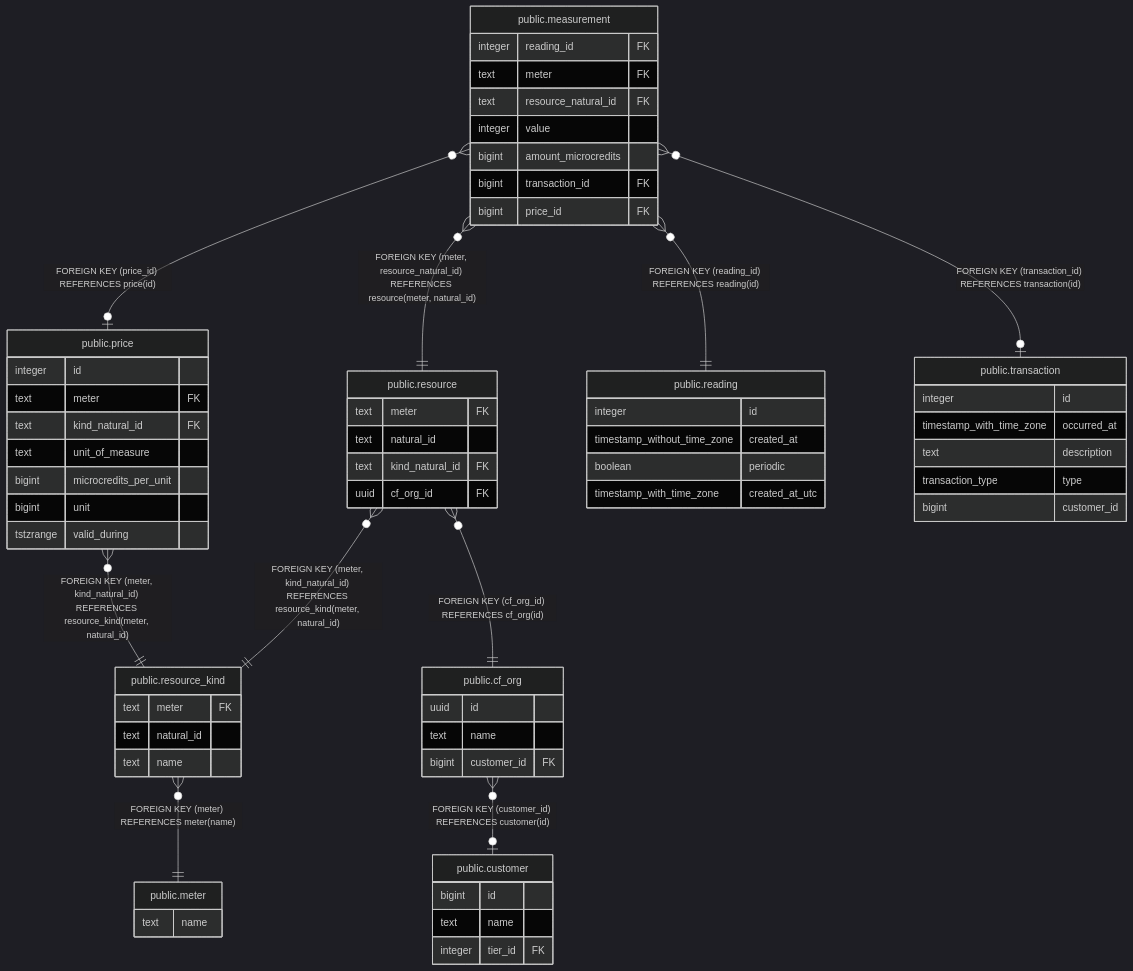
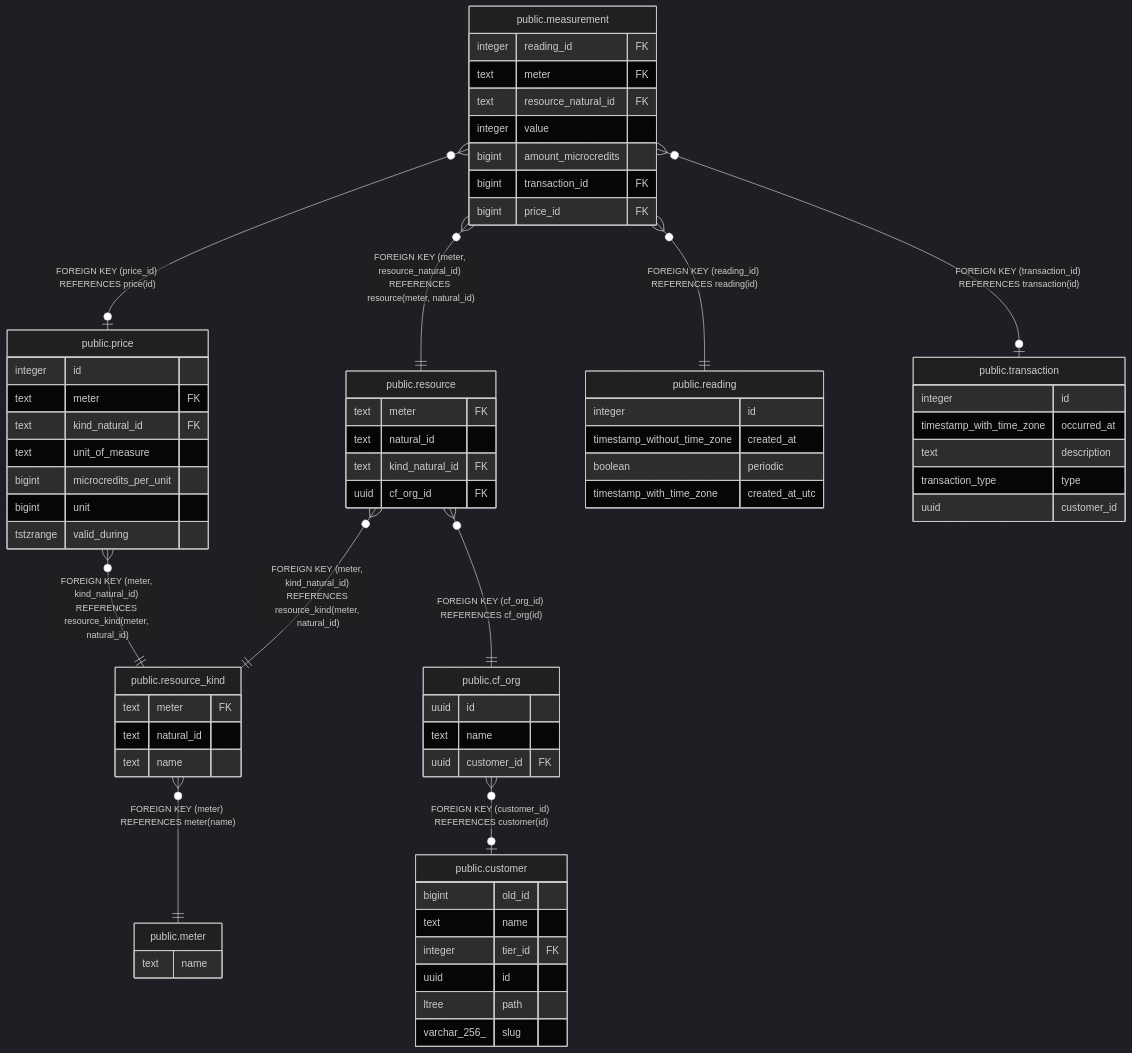
One commit to cloud-gov/billing changed the diagram in docs/db-schema/public.resource.md. Above: the diagram before and after it, drawn with Mermaid (dark theme). The commit also changed 15 other files, not shown here.

````diff
--- a/docs/db-schema/public.resource.md
+++ b/docs/db-schema/public.resource.md
@@ -34,69 +34,72 @@
 ```mermaid
 erDiagram
 
 "public.resource" }o--|| "public.resource_kind" : "FOREIGN KEY (meter, kind_natural_id) REFERENCES resource_kind(meter, natural_id)"
 "public.resource_kind" }o--|| "public.meter" : "FOREIGN KEY (meter) REFERENCES meter(name)"
 "public.price" }o--|| "public.resource_kind" : "FOREIGN KEY (meter, kind_natural_id) REFERENCES resource_kind(meter, natural_id)"
 "public.measurement" }o--|| "public.resource" : "FOREIGN KEY (meter, resource_natural_id) REFERENCES resource(meter, natural_id)"
 "public.measurement" }o--|| "public.reading" : "FOREIGN KEY (reading_id) REFERENCES reading(id)"
 "public.measurement" }o--o| "public.transaction" : "FOREIGN KEY (transaction_id) REFERENCES transaction(id)"
 "public.measurement" }o--o| "public.price" : "FOREIGN KEY (price_id) REFERENCES price(id)"
 "public.resource" }o--|| "public.cf_org" : "FOREIGN KEY (cf_org_id) REFERENCES cf_org(id)"
 "public.cf_org" }o--o| "public.customer" : "FOREIGN KEY (customer_id) REFERENCES customer(id)"
 
 "public.resource" {
   text meter FK
   text natural_id
   text kind_natural_id FK
   uuid cf_org_id FK
 }
 "public.resource_kind" {
   text meter FK
   text natural_id
   text name
 }
 "public.meter" {
   text name
 }
 "public.price" {
   integer id
   text meter FK
   text kind_natural_id FK
   text unit_of_measure
   bigint microcredits_per_unit
   bigint unit
   tstzrange valid_during
 }
 "public.measurement" {
   integer reading_id FK
   text meter FK
   text resource_natural_id FK
   integer value
   bigint amount_microcredits
   bigint transaction_id FK
   bigint price_id FK
 }
 "public.reading" {
   integer id
   timestamp_without_time_zone created_at
   boolean periodic
   timestamp_with_time_zone created_at_utc
 }
 "public.transaction" {
   integer id
   timestamp_with_time_zone occurred_at
   text description
   transaction_type type
-  bigint customer_id
+  uuid customer_id
 }
 "public.cf_org" {
   uuid id
   text name
-  bigint customer_id FK
+  uuid customer_id FK
 }
 "public.customer" {
-  bigint id
+  bigint old_id
   text name
   integer tier_id FK
+  uuid id
+  ltree path
+  varchar_256_ slug
 }
 ```
````
